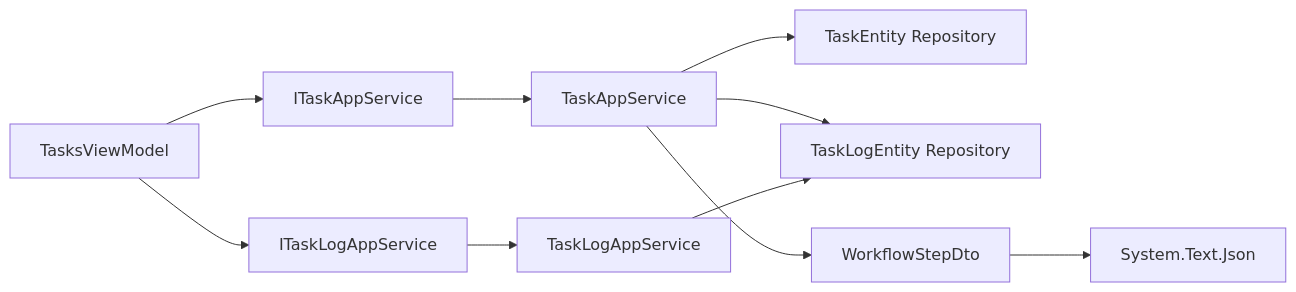
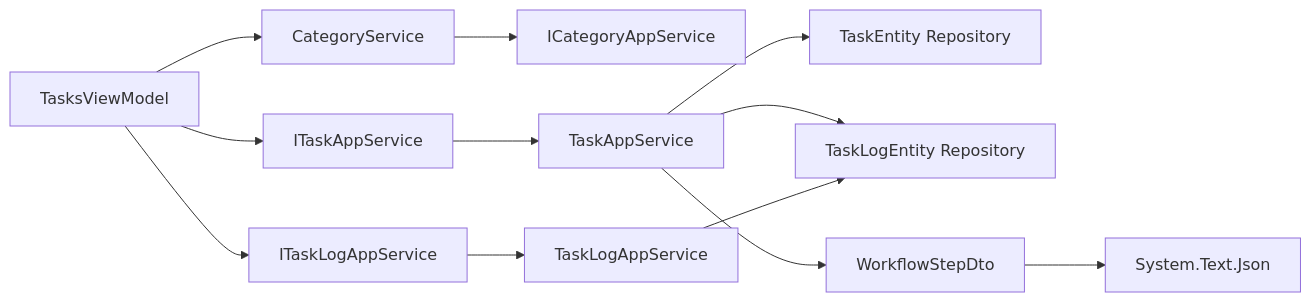
Diagram 12 of 12 in .qoder/repowiki/zh/content/AI助手服务/桌面端应用/视图模型层/任务管理视图模型.md (openlowcodelab/lowcode), drawn with Mermaid before and after one commit. The commit also changed other lines of this file and 56 other files, not shown here.

````diff
--- a/.qoder/repowiki/zh/content/AI助手服务/桌面端应用/视图模型层/任务管理视图模型.md
+++ b/.qoder/repowiki/zh/content/AI助手服务/桌面端应用/视图模型层/任务管理视图模型.md
@@ -525,12 +633,14 @@
 ```mermaid
 graph LR
 VM["TasksViewModel"] --> IT["ITaskAppService"]
 VM --> IL["ITaskLogAppService"]
+VM --> CS["CategoryService"]
+CS --> IC["ICategoryAppService"]
 IT --> TS["TaskAppService"]
 IL --> LS["TaskLogAppService"]
 TS --> RepoT["TaskEntity Repository"]
 TS --> RepoL["TaskLogEntity Repository"]
 LS --> RepoL
 TS --> WF["WorkflowStepDto"]
 WF --> JSON["System.Text.Json"]
 ```
````
